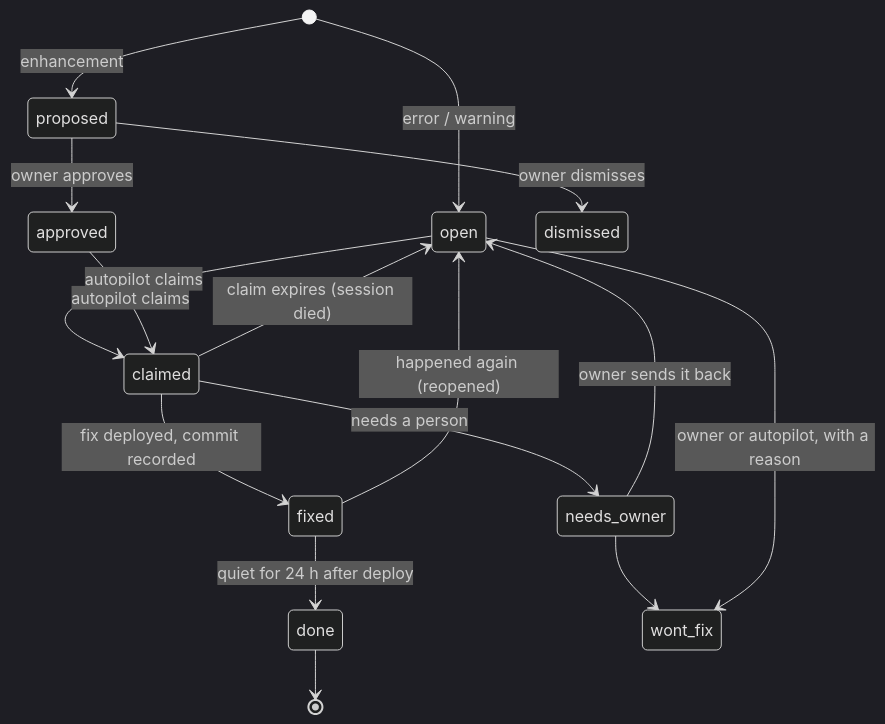
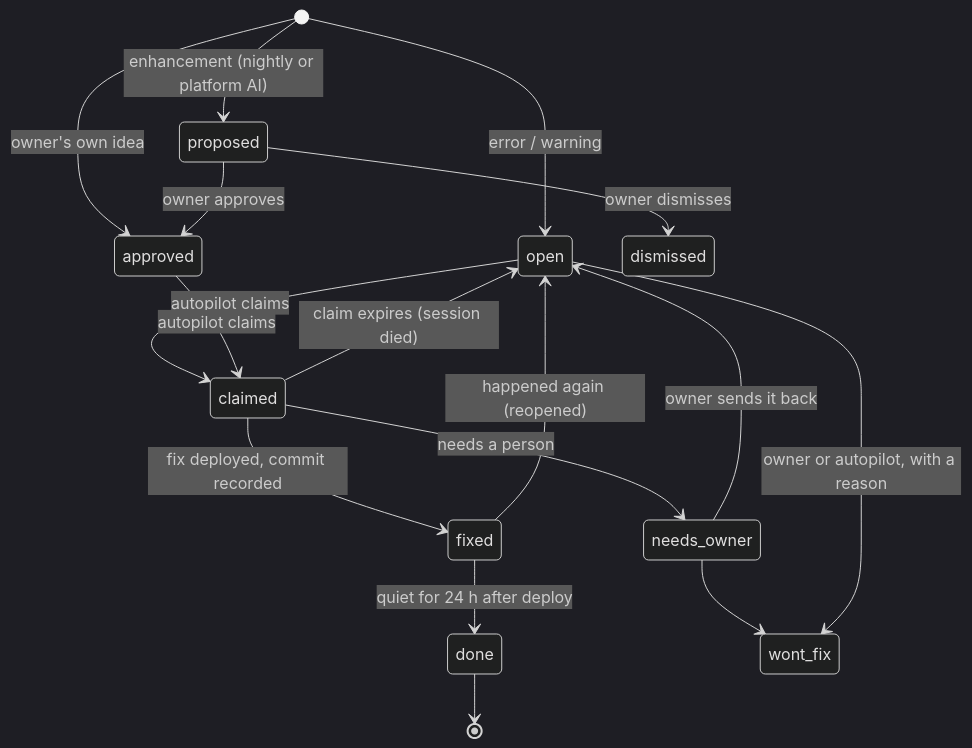
One commit to andregieaver/kaizen-store changed the second of 2 diagrams in docs/audits/incident-autopilot-2026-11.md. Above: the diagram before and after it, drawn with Mermaid (dark theme). The commit also changed other lines of this file, not shown here.

First line of the commit message:
Incident log plan: runs on the owner's subscription (woken by the app, one nightly run), nightly proposals, and the platform AI reading store owners' admin use

````diff
--- a/docs/audits/incident-autopilot-2026-11.md
+++ b/docs/audits/incident-autopilot-2026-11.md
@@ -41,18 +50,19 @@
 ```mermaid
 stateDiagram-v2
   [*] --> open: error / warning
-  [*] --> proposed: enhancement
+  [*] --> proposed: enhancement (nightly or platform AI)
+  [*] --> approved: owner's own idea
   proposed --> approved: owner approves
   proposed --> dismissed: owner dismisses
   open --> claimed: autopilot claims
   approved --> claimed: autopilot claims
   claimed --> open: claim expires (session died)
   claimed --> fixed: fix deployed, commit recorded
   claimed --> needs_owner: needs a person
   fixed --> done: quiet for 24 h after deploy
   fixed --> open: happened again (reopened)
   needs_owner --> open: owner sends it back
   needs_owner --> wont_fix
   open --> wont_fix: owner or autopilot, with a reason
   done --> [*]
 ```
````
